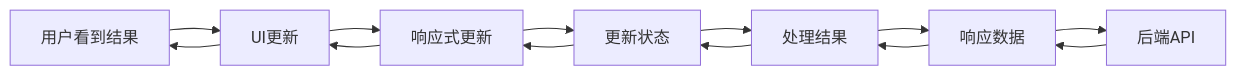
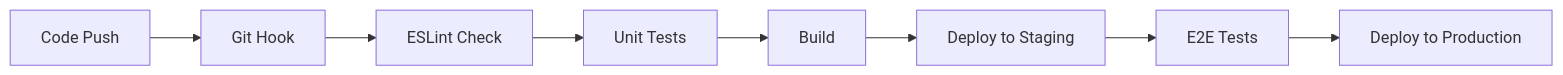
Before and after one commit to gastby-ghost/renews_frontend: the ninth of 9 diagrams in 系统架构简化版.md, drawn with Mermaid. The commit also changed other lines of this file and 10 other files, not shown here.

````diff
--- a/系统架构简化版.md
+++ b/系统架构简化版.md
@@ -715,15 +1930,10 @@
 ```mermaid
 graph LR
-    A[用户操作] --> B[组件事件]
-    B --> C[Composable方法]
-    C --> D[Store Action]
-    D --> E[API服务]
-    E --> F[HTTP请求]
-    F --> G[后端API]
-    G --> F[响应数据]
-    F --> E[处理结果]
-    E --> D[更新状态]
-    D --> C[响应式更新]
-    C --> B[UI更新]
-    B --> A[用户看到结果]
+    A[Code Push] --> B[Git Hook]
+    B --> C[ESLint Check]
+    C --> D[Unit Tests]
+    D --> E[Build]
+    E --> F[Deploy to Staging]
+    F --> G[E2E Tests]
+    G --> H[Deploy to Production]
 ```
````
